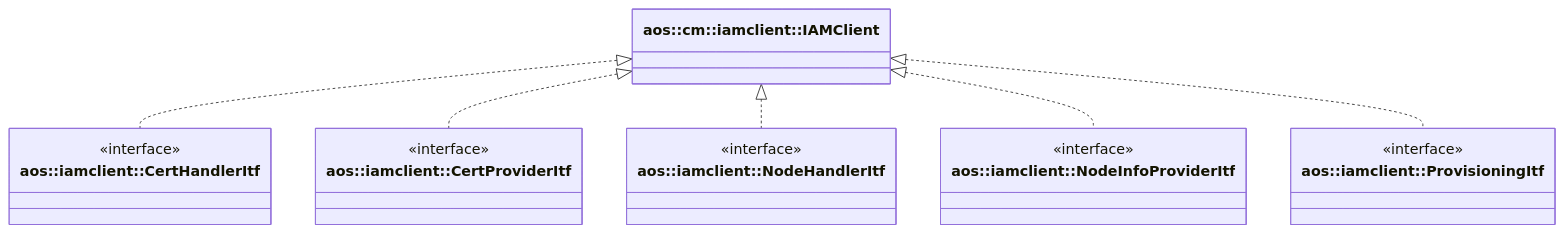
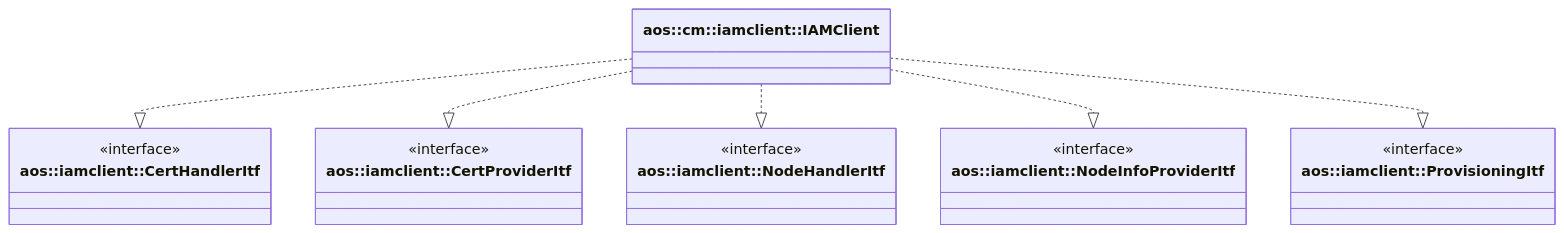
The diagram in src/core/cm/iamclient/iamclient.md (aosedge/aos_core_lib_cpp), drawn with Mermaid before and after one commit.

Commit message:
cm: iamclient: fix arrows directions in design document

````diff
--- a/src/core/cm/iamclient/iamclient.md
+++ b/src/core/cm/iamclient/iamclient.md
@@ -15,31 +15,31 @@
 ```mermaid
 classDiagram
     class IAMClient ["aos::cm::iamclient::IAMClient"] {
     }
 
     class CertHandlerItf ["aos::iamclient::CertHandlerItf"] {
         <<interface>>
     }
 
     class CertProviderItf ["aos::iamclient::CertProviderItf"] {
         <<interface>>
     }
 
     class NodeHandlerItf ["aos::iamclient::NodeHandlerItf"] {
         <<interface>>
     }
 
     class NodeInfoProviderItf ["aos::iamclient::NodeInfoProviderItf"] {
         <<interface>>
     }
 
     class ProvisioningItf ["aos::iamclient::ProvisioningItf"] {
         <<interface>>
     }
 
-    IAMClient <|.. CertHandlerItf
-    IAMClient <|.. CertProviderItf
-    IAMClient <|.. NodeHandlerItf
-    IAMClient <|.. NodeInfoProviderItf
-    IAMClient <|.. ProvisioningItf
+    IAMClient ..|> CertHandlerItf
+    IAMClient ..|> CertProviderItf
+    IAMClient ..|> NodeHandlerItf
+    IAMClient ..|> NodeInfoProviderItf
+    IAMClient ..|> ProvisioningItf
 ```
````
